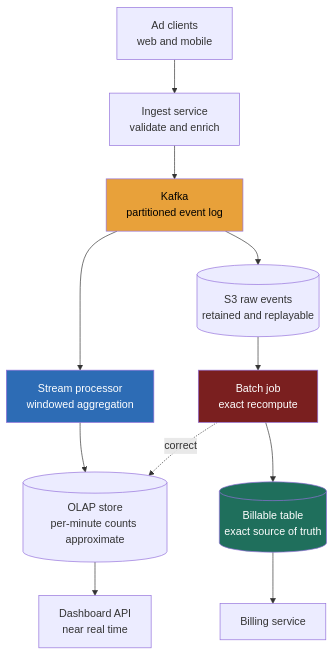
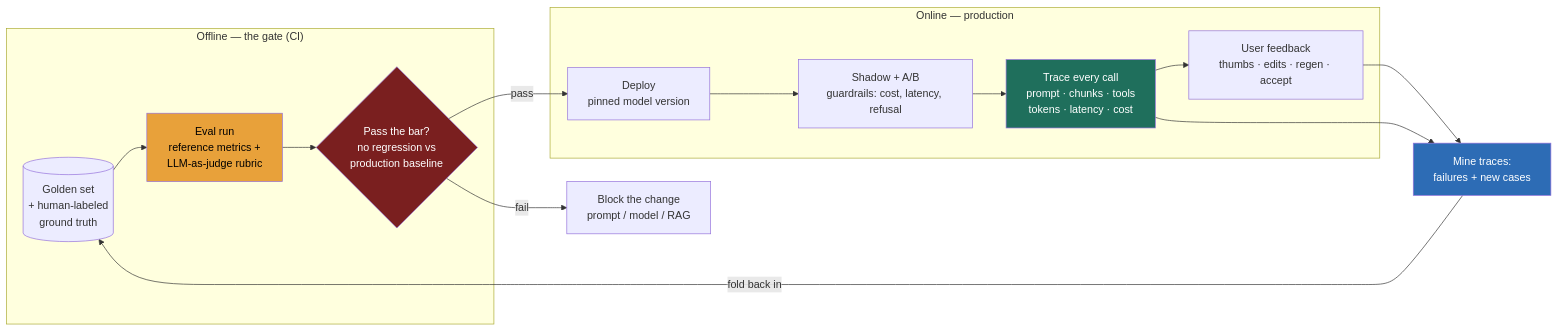
Before and after one commit to hkrathore/sysdesign-course: the diagram in src/content/docs/module-9/lesson-9-7.md, drawn with Mermaid. The commit also changed other lines of this file and 164 other files, not shown here.

````diff
--- a/src/content/docs/module-9/lesson-9-7.md
+++ b/src/content/docs/module-9/lesson-9-7.md
@@ -111,21 +76,25 @@
 ```mermaid
-flowchart TB
-    CLIENT["Ad clients<br/>web and mobile"] --> ING["Ingest service<br/>validate and enrich"]
-    ING --> LOG["Kafka<br/>partitioned event log"]
+flowchart LR
+    subgraph OFFLINE["Offline — the gate (CI)"]
+        GS[(Golden set<br/>+ human-labeled<br/>ground truth)] --> JUDGE["Eval run<br/>reference metrics +<br/>LLM-as-judge rubric"]
+        JUDGE --> GATE{Pass the bar?<br/>no regression vs<br/>production baseline}
+    end
 
-    LOG --> STREAM["Stream processor<br/>windowed aggregation"]
-    STREAM --> OLAP[("OLAP store<br/>per-minute counts approximate")]
-    OLAP --> DASH["Dashboard API<br/>near real time"]
+    GATE -->|fail| BLOCK[Block the change<br/>prompt / model / RAG]
+    GATE -->|pass| DEPLOY[Deploy<br/>pinned model version]
 
-    LOG --> S3[("S3 raw events<br/>retained and replayable")]
-    S3 --> BATCH["Batch job<br/>exact recompute"]
-    BATCH --> BILL[("Billable table<br/>exact source of truth")]
-    BILL --> INVOICE["Billing service"]
+    subgraph ONLINE["Online — production"]
+        DEPLOY --> SHADOW[Shadow + A/B<br/>guardrails: cost, latency, refusal]
+        SHADOW --> TRACE["Trace every call<br/>prompt · chunks · tools<br/>tokens · latency · cost"]
+        TRACE --> FB[User feedback<br/>thumbs · edits · regen · accept]
+    end
 
-    BATCH -.->|correct| OLAP
+    FB --> MINE[Mine traces:<br/>failures + new cases]
+    TRACE --> MINE
+    MINE -->|fold back in| GS
 
-    style LOG fill:#e8a13a,color:#000
-    style STREAM fill:#2d6cb5,color:#fff
-    style BATCH fill:#7a1f1f,color:#fff
-    style BILL fill:#1f6f5c,color:#fff
+    style GATE fill:#7a1f1f,color:#fff
+    style JUDGE fill:#e8a13a,color:#000
+    style TRACE fill:#1f6f5c,color:#fff
+    style MINE fill:#2d6cb5,color:#fff
 ```
````
